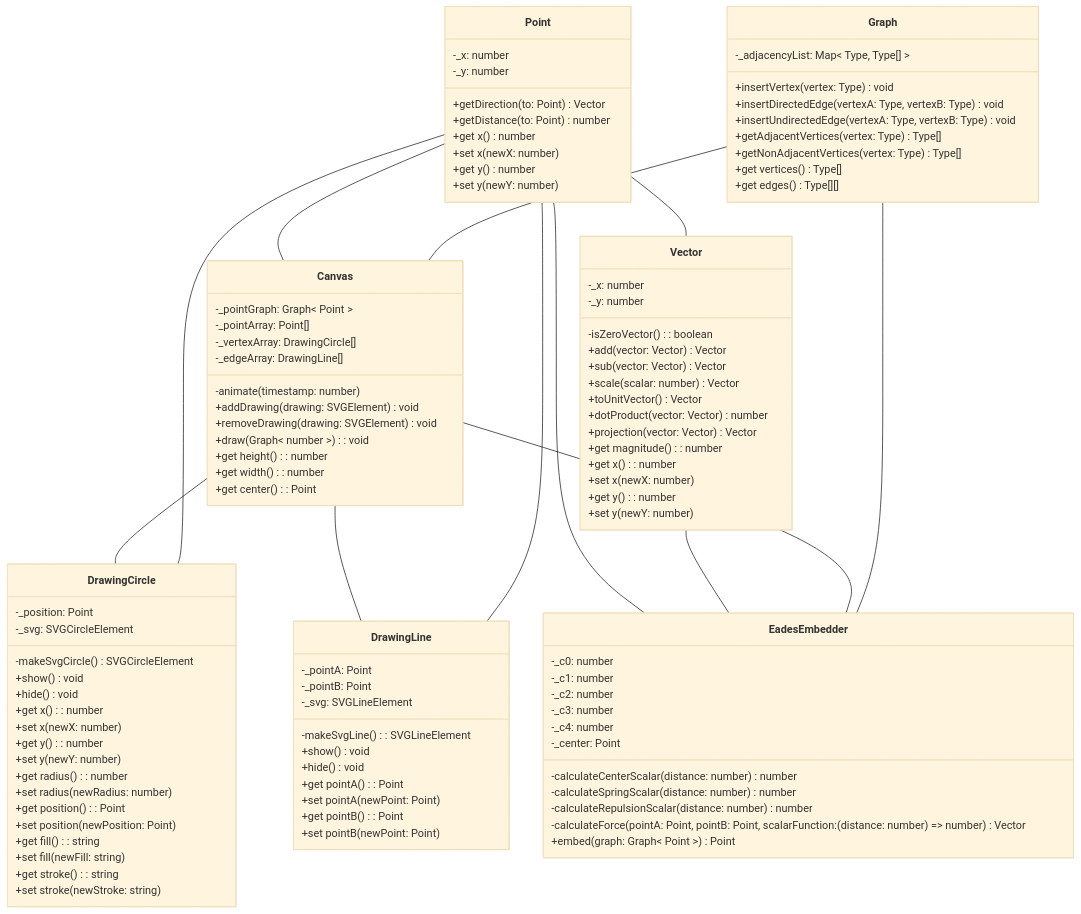
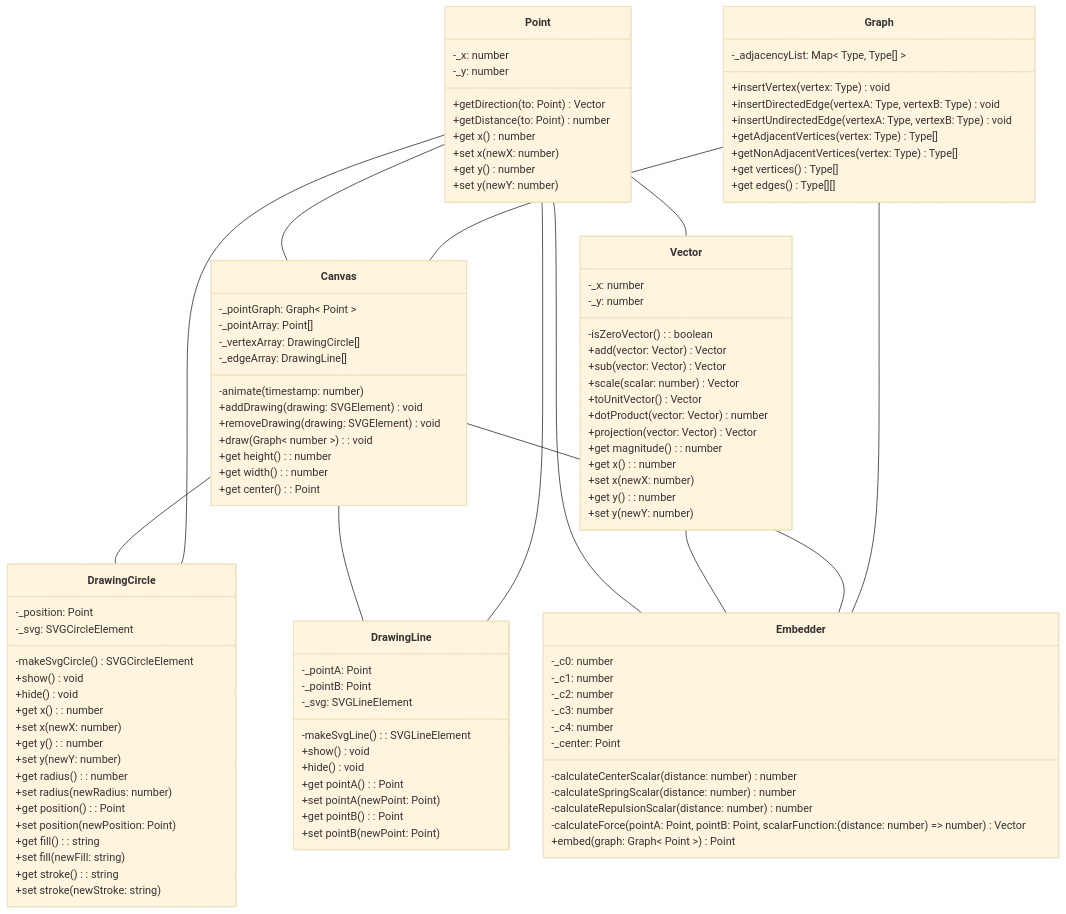
One commit to hallkyon/hallkyon.github.io changed the diagram in docs/embedder.md. Above: the diagram before and after it, drawn with Mermaid (base theme). The commit also changed 9 other files, not shown here.

````diff
--- a/docs/embedder.md
+++ b/docs/embedder.md
@@ -3,15 +3,15 @@
 ```mermaid
 classDiagram
 
-class EadesEmbedder {
+class Embedder {
 	-_c0: number
 	-_c1: number
 	-_c2: number
 	-_c3: number
 	-_c4: number
-	
+
 	-_center: Point
-	
+
 	-calculateCenterScalar(distance: number) number
 	-calculateSpringScalar(distance: number) number
 	-calculateRepulsionScalar(distance: number) number
@@ -21,7 +21,7 @@
 
 class Graph {
 	-_adjacencyList: Map< Type, Type[] >
-	
+
 	+insertVertex(vertex: Type) void
 	+insertDirectedEdge(vertexA: Type, vertexB: Type) void
 	+insertUndirectedEdge(vertexA: Type, vertexB: Type) void
@@ -49,7 +49,7 @@
 class Point {
 	-_x: number
 	-_y: number
-	
+
 	+getDirection(to: Point) Vector
 	+getDistance(to: Point) number
 	+get x() number
@@ -61,7 +61,7 @@
 class Vector {
 	-_x: number
 	-_y: number
-	
+
 	-isZeroVector(): boolean
 	+add(vector: Vector) Vector
 	+sub(vector: Vector) Vector
@@ -101,7 +101,7 @@
 	-_pointA: Point
 	-_pointB: Point
 	-_svg: SVGLineElement
-	
+
 	-makeSvgLine(): SVGLineElement
 	+show() void
 	+hide() void
@@ -113,13 +113,13 @@
 
 Canvas -- DrawingCircle
 Canvas -- DrawingLine
-Point -- EadesEmbedder
+Point -- Embedder
 Point -- Canvas
 Point -- DrawingCircle
 Point -- DrawingLine
 Point -- Vector
-Vector -- EadesEmbedder
-Canvas -- EadesEmbedder
+Vector -- Embedder
+Canvas -- Embedder
 Graph -- Canvas
-Graph -- EadesEmbedder
+Graph -- Embedder
 ```
````
